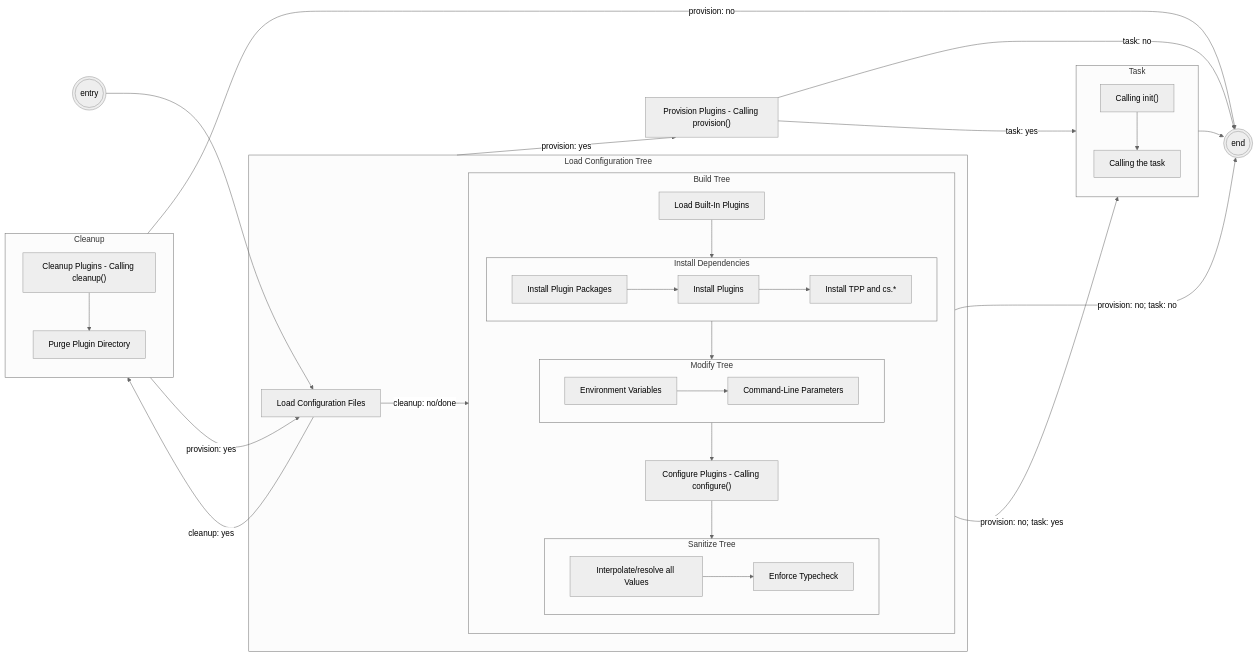
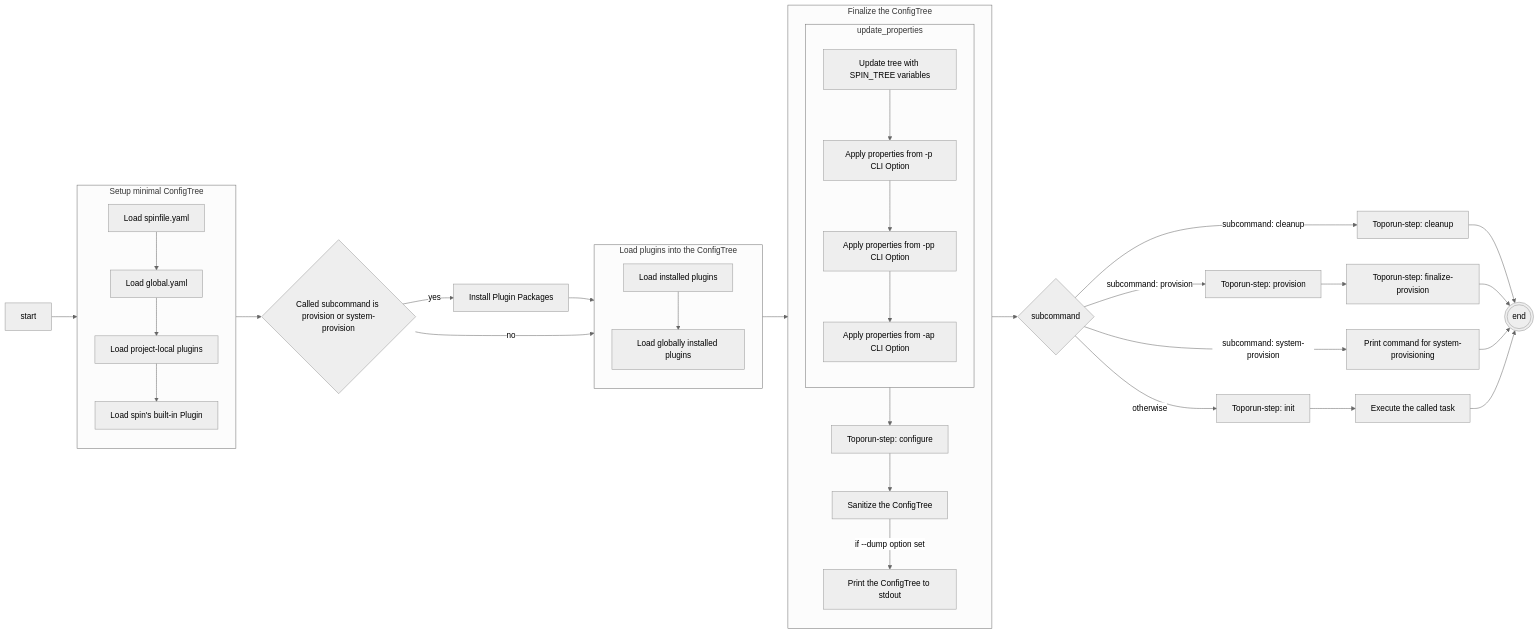
The diagram in tdocs/architecture.md (cslab/csspin), drawn with Mermaid (neutral theme) before and after one commit. The commit also changed other lines of this file and 16 other files, not shown here.

Commit message:
Refactor provision and cleanup to be tasks

````diff
--- a/tdocs/architecture.md
+++ b/tdocs/architecture.md
@@ -6,51 +6,33 @@
 ```mermaid
 graph LR
-    start(((entry))) --> load_configuration_files
-    load_configuration_files --> |cleanup: yes| cleanup__
-    cleanup__ --> |provision: no| end1(((end)))
-    cleanup__ --> |provision: yes| load_configuration_files
-    build_tree__ --> |provision: no; task: no| end1
-    build_tree__ --> |provision: no; task: yes| task__
-    load_configuration_tree__ --> |provision: yes| provision["Provision Plugins - Calling provision()"]
-    provision --> |task: no| end1
-    provision --> |task: yes| task__
-    task__ --> end1
+start --> load_minimal_tree--> choice1{Called subcommand is provision or system-provision}
+end_(((end)))
 
-    subgraph load_configuration_tree__[Load Configuration Tree]
-        install_dependencies__
-        load_configuration_files[Load Configuration Files]
-        load_configuration_files --> |cleanup: no/done| build_tree__
-        modify_tree__ --> install_dependencies
-        install_dependencies --> sanitize_tree__
+choice1 --> |yes| install_plugin_packages[Install Plugin Packages] --> load_plugins_into_tree
+choice1 --> |no| load_plugins_into_tree
 
-        subgraph build_tree__[Build Tree]
-            load_builtin_plugins[Load Built-In Plugins] -->
-            install_dependencies__
-            install_dependencies__ --> modify_tree__
-            install_dependencies["Configure Plugins - Calling configure()"]
+load_plugins_into_tree --> finalize_cfg_tree
 
-            subgraph install_dependencies__[Install Dependencies]
-                install_plugin_packages[Install Plugin Packages] -->
-                install_plugins[Install Plugins]
-                install_plugins --> tpp[Install TPP and cs.*]
-            end
-            subgraph modify_tree__[Modify Tree]
-                direction LR
-                apply_environment[Environment Variables] -->
-                apply_cli[Command-Line Parameters]
-            end
-            subgraph sanitize_tree__[Sanitize Tree]
-                interpolate_all_values[Interpolate/resolve all Values] -->
-                enforce_typecheck[Enforce Typecheck]
-            end
-        end
+finalize_cfg_tree --> choice2{subcommand}
+
+choice2 --> |subcommand: cleanup| toporun_cleanup[Toporun-step: cleanup] --> end_
+choice2 --> |subcommand: provision| toporun_provision[Toporun-step: provision] --> toporun_finalize_provision[Toporun-step: finalize-provision] --> end_
+choice2 --> |subcommand: system-provision| print_system_provision_cmdline[Print command for system-provisioning] --> end_
+choice2 --> |otherwise| toporun_init[Toporun-step: init] --> run_task[Execute the called task] --> end_
+
+    subgraph load_minimal_tree[Setup minimal ConfigTree]
+        load_spinfile[Load spinfile.yaml] --> load_global_yaml[Load global.yaml] --> load_local_plugins[Load project-local plugins] --> load_builtin_plugin[Load spin's built-in Plugin]
     end
 
-    subgraph task__[Task]
-        init["Calling init()"] --> task[Calling the task]
+    subgraph load_plugins_into_tree[Load plugins into the ConfigTree]
+        load_plugin_packages[Load installed plugins] --> load_global_plugins[Load globally installed plugins]
     end
-    subgraph cleanup__[Cleanup]
-        cleanup__a["Cleanup Plugins - Calling cleanup()"]
-        cleanup__a --> cleanup__b[Purge Plugin Directory]
+
+    subgraph finalize_cfg_tree[Finalize the ConfigTree]
+        subgraph update_properties
+        direction TB
+            update_config_from_environment[Update tree with SPIN_TREE variables ] --> apply_properties[Apply properties from -p CLI Option] --> apply_prepend_properties[Apply properties from -pp CLI Option] --> apply_append_properties[Apply properties from -ap CLI Option]
+        end
+        update_properties --> toporun_configure[Toporun-step: configure] --> tree_sanitize[Sanitize the ConfigTree] --> | if --dump option set|dump[Print the ConfigTree to stdout]
     end
 ```
````
